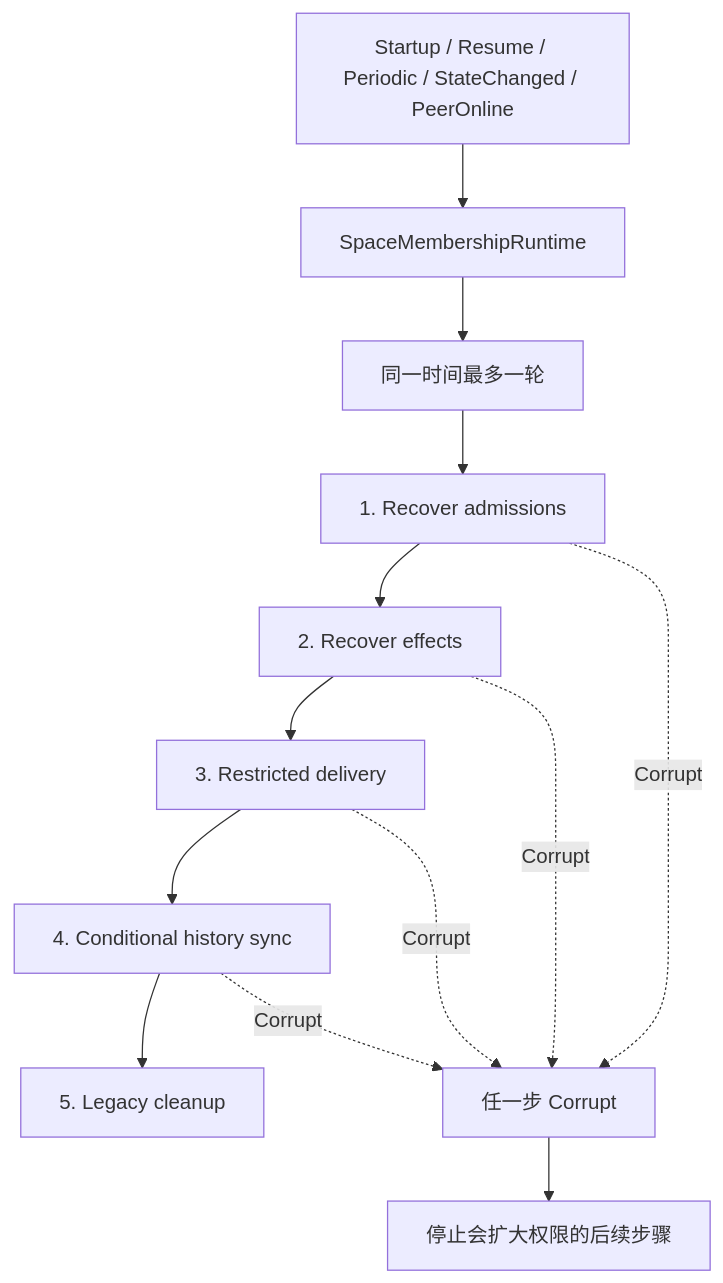
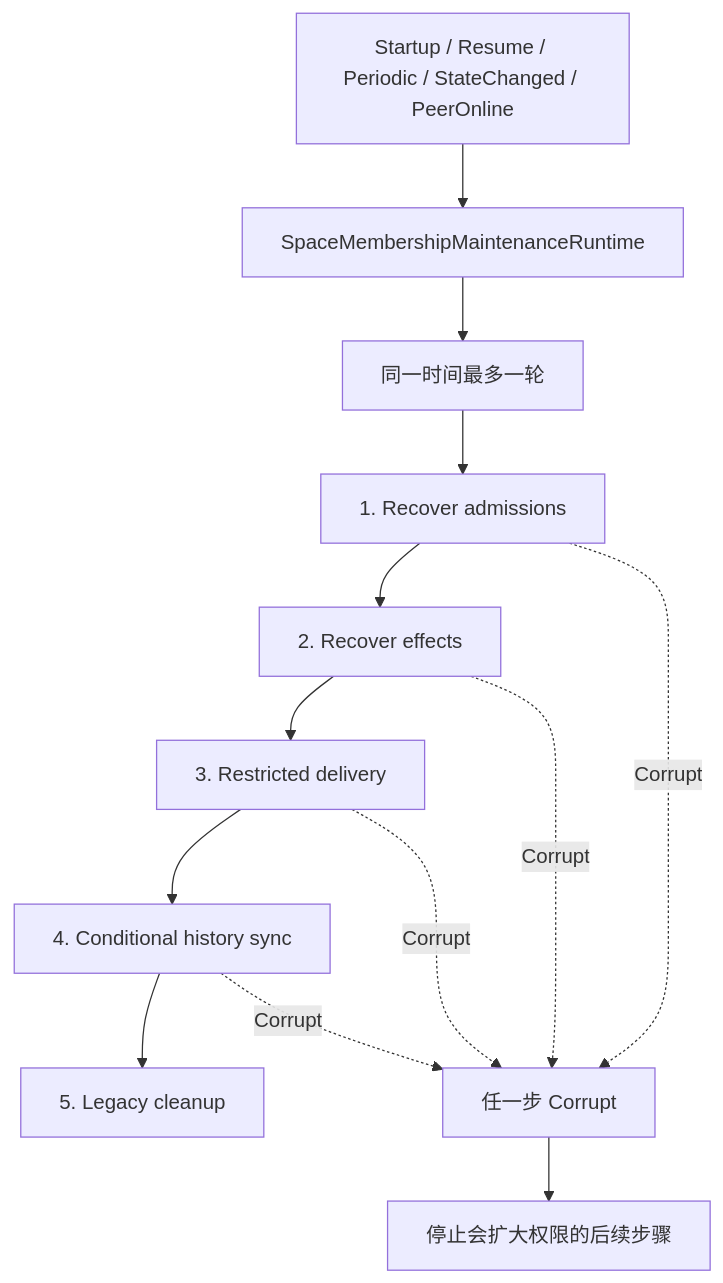
One commit to UniClipboard/Engine changed the fourth of 5 diagrams in crates/uc-application/src/space/AGENTS.md. Above: the diagram before and after it, drawn with Mermaid. The commit also changed other lines of this file and 14 other files, not shown here.

Commit message:
refactor(application): clarify membership maintenance runtime

````diff
--- a/crates/uc-application/src/space/AGENTS.md
+++ b/crates/uc-application/src/space/AGENTS.md
@@ -213,15 +213,15 @@
 ```mermaid
 flowchart TD
-    Trigger[Startup / Resume / Periodic / StateChanged / PeerOnline] --> Runtime[SpaceMembershipRuntime]
+    Trigger[Startup / Resume / Periodic / StateChanged / PeerOnline] --> Runtime[SpaceMembershipMaintenanceRuntime]
     Runtime --> OneRound[同一时间最多一轮]
     OneRound --> Admission[1. Recover admissions]
     Admission --> Effects[2. Recover effects]
     Effects --> Restricted[3. Restricted delivery]
     Restricted --> Sync[4. Conditional history sync]
     Sync --> Cleanup[5. Legacy cleanup]
     Corrupt[任一步 Corrupt] --> Stop[停止会扩大权限的后续步骤]
     Admission -. Corrupt .-> Corrupt
     Effects -. Corrupt .-> Corrupt
     Restricted -. Corrupt .-> Corrupt
     Sync -. Corrupt .-> Corrupt
 ```
````
